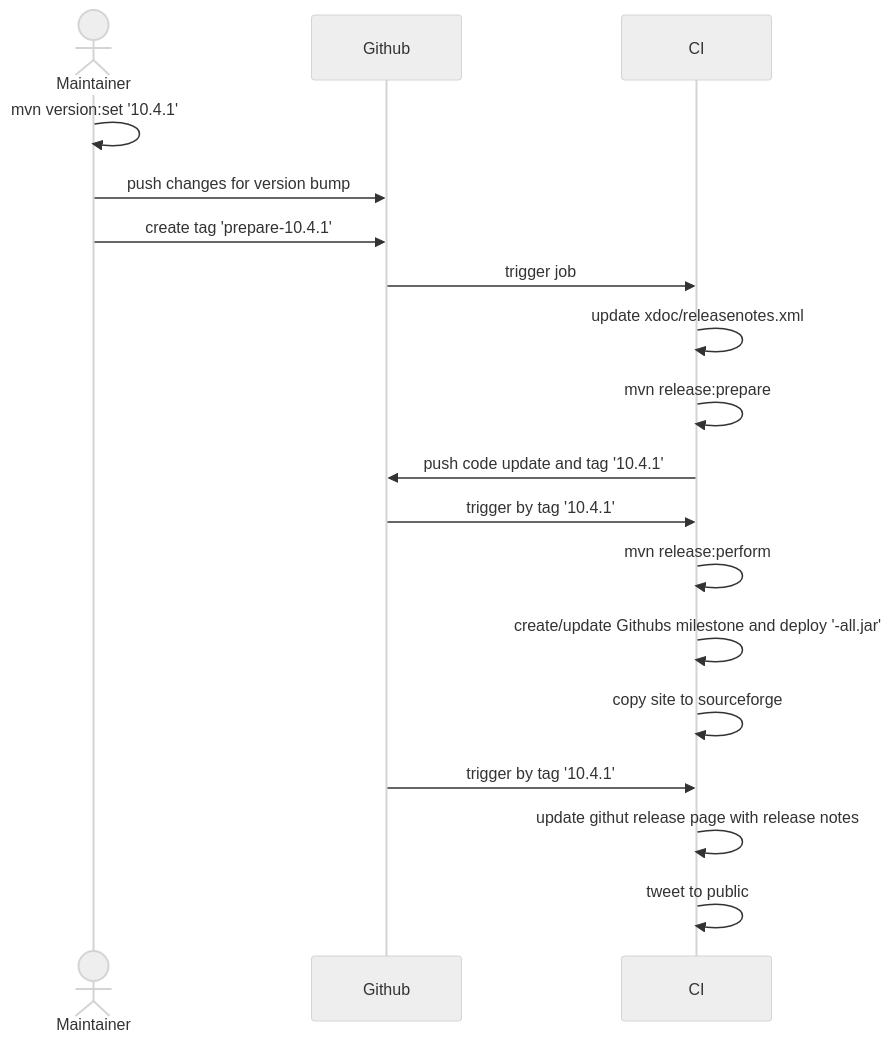
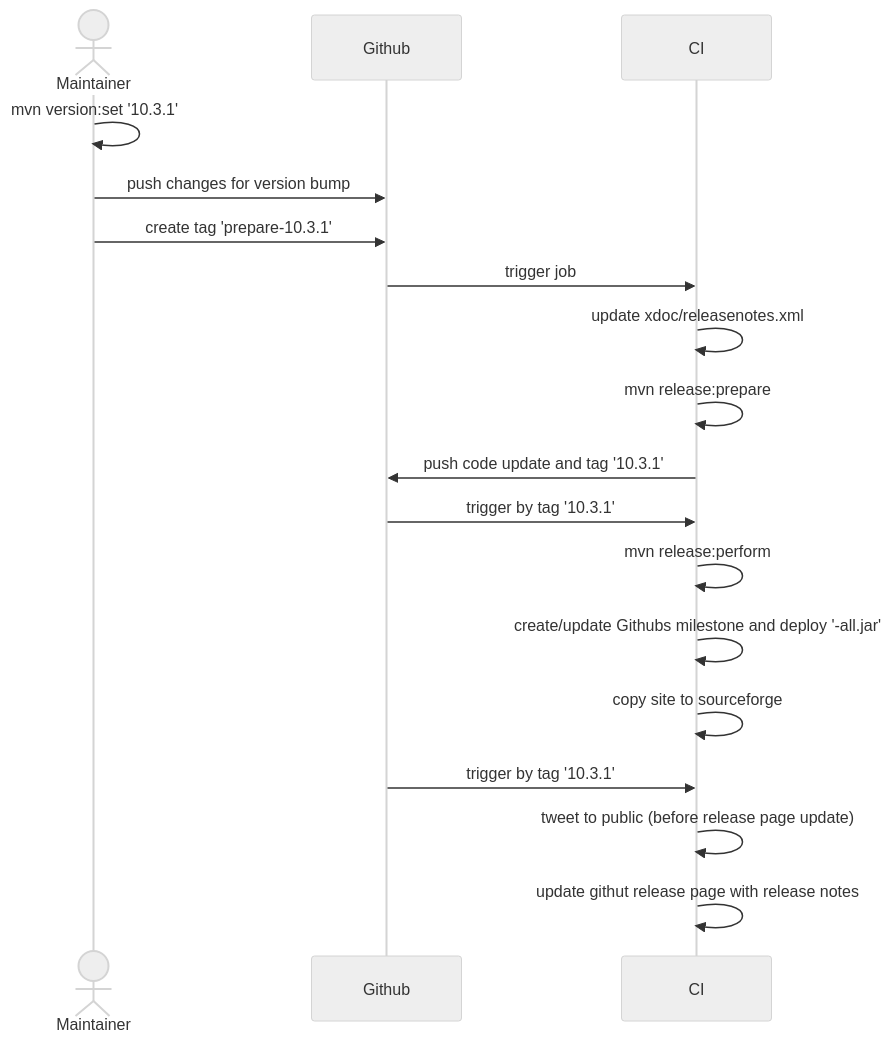
The diagram in releasenotes-builder/diagrams.md (checkstyle/contribution), drawn with Mermaid (neutral theme) before and after one commit.

Commit message:
doc: update diagram

````diff
--- a/releasenotes-builder/diagrams.md
+++ b/releasenotes-builder/diagrams.md
@@ -5,23 +5,23 @@
 ```mermaid
 sequenceDiagram
     actor Maintainer
     participant Github
     participant CI
-    Maintainer->>Maintainer: mvn version:set '10.4.1'
+    Maintainer->>Maintainer: mvn version:set '10.3.1'
     Maintainer->>Github: push changes for version bump
-    Maintainer->>Github: create tag 'prepare-10.4.1'
+    Maintainer->>Github: create tag 'prepare-10.3.1'
     Github->>CI: trigger job
     CI->>CI: update xdoc/releasenotes.xml
     CI->>CI: mvn release:prepare
-    CI->>Github: push code update and tag '10.4.1'
+    CI->>Github: push code update and tag '10.3.1'
 
-    Github->>CI: trigger by tag '10.4.1'
+    Github->>CI: trigger by tag '10.3.1'
     CI->>CI: mvn release:perform
     CI->>CI: create/update Githubs milestone and deploy '-all.jar'
     CI->>CI: copy site to sourceforge
 
-    Github->>CI: trigger by tag '10.4.1'
+    Github->>CI: trigger by tag '10.3.1'
+    CI->>CI: tweet to public (before release page update)
     CI->>CI: update githut release page with release notes
-    CI->>CI: tweet to public
 
 ```
````
